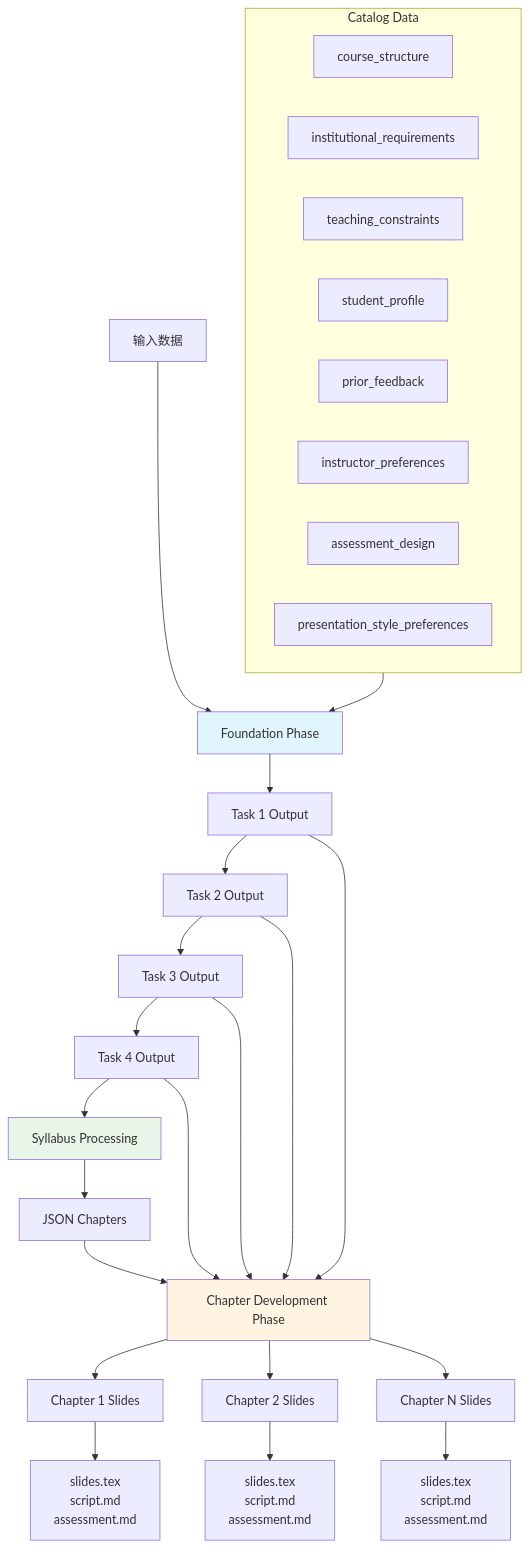
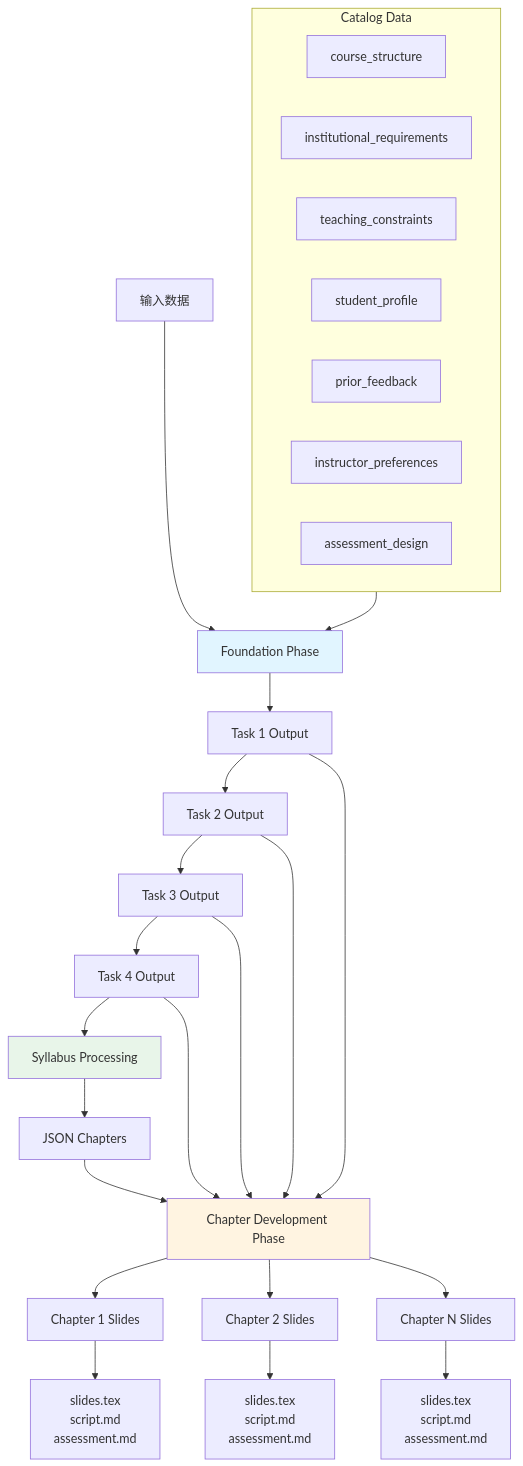
The fifth of 6 diagrams in docs/WORKFLOW_DIAGRAM.md (DaRL-GenAI/instructional_agents), drawn with Mermaid before and after one commit. The commit also changed other lines of this file and 6 other files, not shown here.

````diff
--- a/docs/WORKFLOW_DIAGRAM.md
+++ b/docs/WORKFLOW_DIAGRAM.md
@@ -218,44 +218,43 @@
 ```mermaid
 graph TB
     Input[输入数据]
     
     subgraph Catalog["Catalog Data"]
         CS[course_structure]
         IR[institutional_requirements]
         TC[teaching_constraints]
         SP[student_profile]
         PF[prior_feedback]
         IP[instructor_preferences]
         AD[assessment_design]
-        PSP[presentation_style_preferences]
     end
     
     Input --> Phase1[Foundation Phase]
     Catalog --> Phase1
     
     Phase1 --> T1_Out[Task 1 Output]
     T1_Out --> T2_Out[Task 2 Output]
     T2_Out --> T3_Out[Task 3 Output]
     T3_Out --> T4_Out[Task 4 Output]
     
     T4_Out --> SyllabusProc[Syllabus Processing]
     SyllabusProc --> Chapters[JSON Chapters]
     
     Chapters --> Phase2[Chapter Development Phase]
     T1_Out --> Phase2
     T2_Out --> Phase2
     T3_Out --> Phase2
     T4_Out --> Phase2
     
     Phase2 --> Slide1[Chapter 1 Slides]
     Phase2 --> Slide2[Chapter 2 Slides]
     Phase2 --> SlideN[Chapter N Slides]
     
     Slide1 --> Files1[slides.tex<br/>script.md<br/>assessment.md]
     Slide2 --> Files2[slides.tex<br/>script.md<br/>assessment.md]
     SlideN --> FilesN[slides.tex<br/>script.md<br/>assessment.md]
     
     style Phase1 fill:#e1f5ff
     style Phase2 fill:#fff4e1
     style SyllabusProc fill:#e8f5e9
 ```
````
